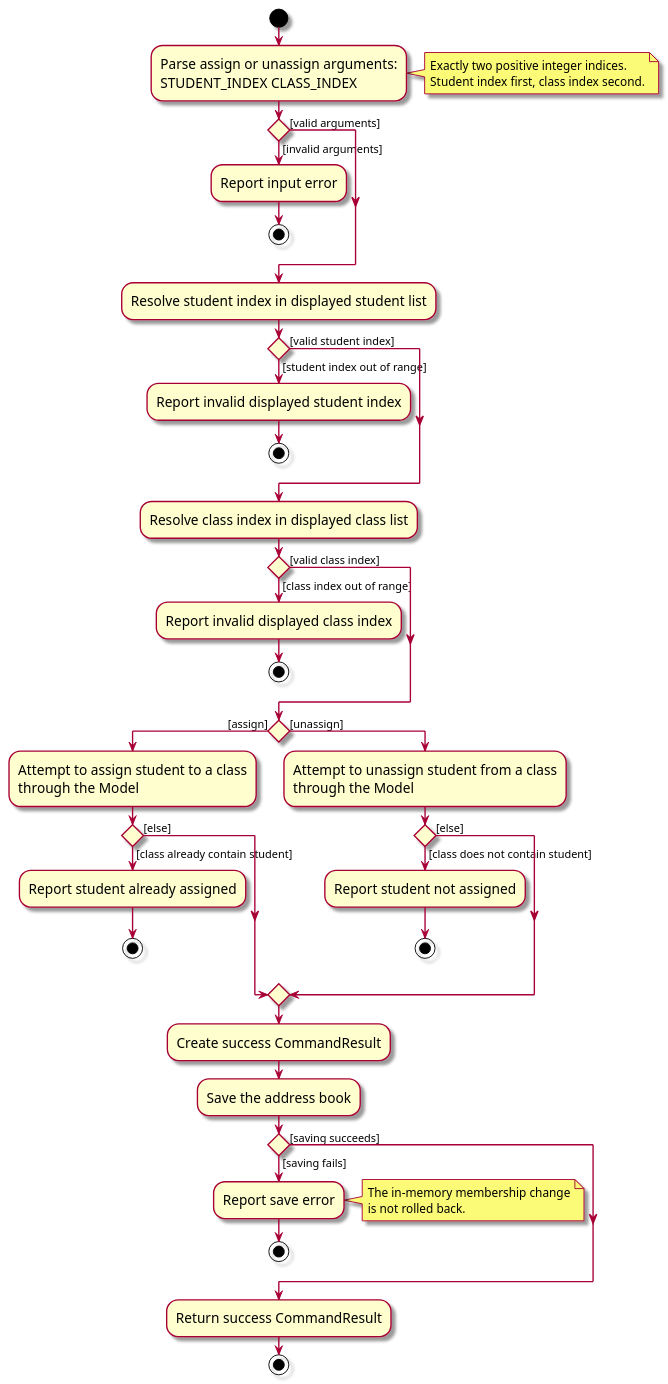
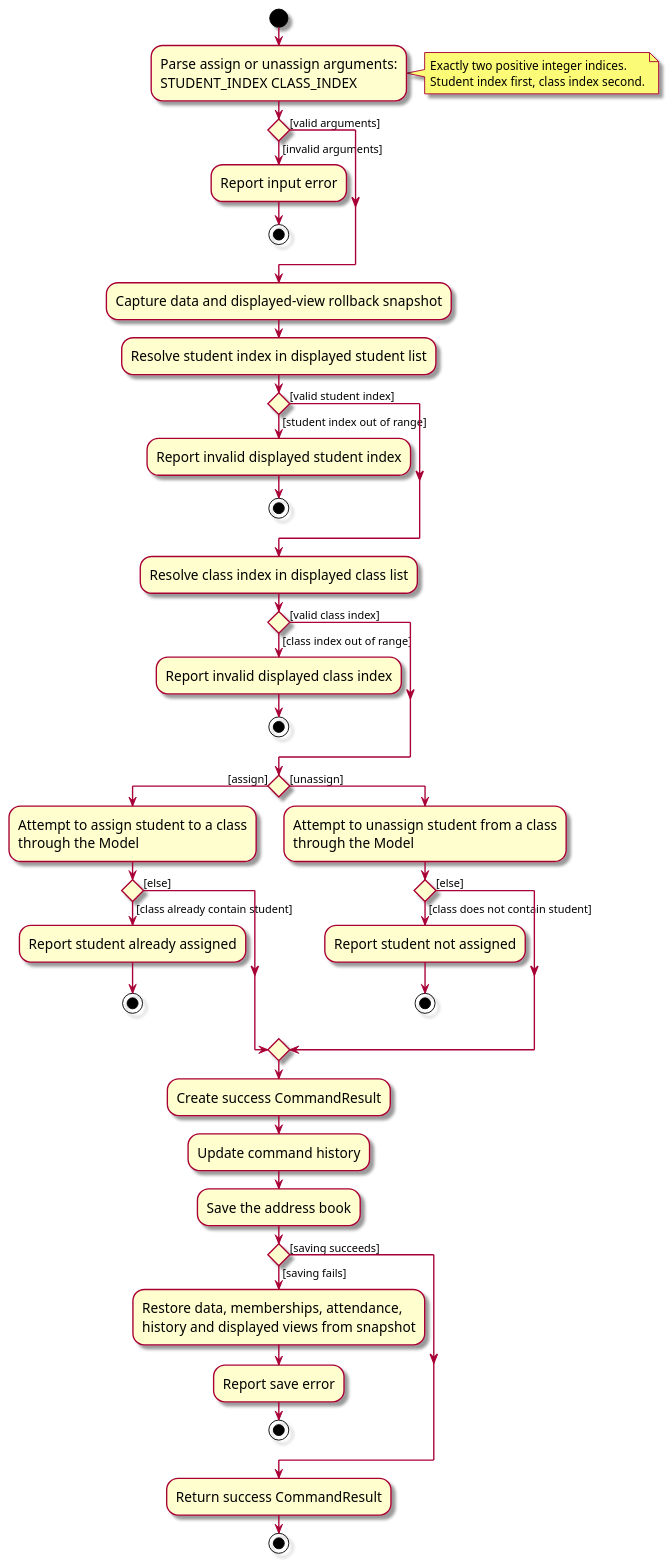
Before and after one commit to AY2627S1-CS2103-F10-2/tp: the diagram in docs/diagrams/AssignUnassignActivityDiagram.puml, drawn with PlantUML. The commit also changed 26 other files, not shown here.

```diff
--- a/docs/diagrams/AssignUnassignActivityDiagram.puml
+++ b/docs/diagrams/AssignUnassignActivityDiagram.puml
@@ -1,66 +1,67 @@
 @startuml
 skin rose
 skinparam ActivityFontSize 15
 skinparam ArrowFontSize 12
 
 start
 :Parse assign or unassign arguments:
 STUDENT_INDEX CLASS_INDEX;
 note right
 Exactly two positive integer indices.
 Student index first, class index second.
 end note
 
 ' Guards are on the outgoing branches, matching CommitActivityDiagram.puml.
 if () then ([invalid arguments])
     :Report input error;
     stop
 else ([valid arguments])
 endif
+
+:Capture data and displayed-view rollback snapshot;
 
 :Resolve student index in displayed student list;
 if () then ([student index out of range])
     :Report invalid displayed student index;
     stop
 else ([valid student index])
 endif
 :Resolve class index in displayed class list;
 if () then ([class index out of range])
     :Report invalid displayed class index;
     stop
 else ([valid class index])
 endif
 
 if () then ([assign])
     :Attempt to assign student to a class
     through the Model;
     if () then ([class already contain student])
         :Report student already assigned;
         stop
     else ([else])
     endif
 else ([unassign])
     :Attempt to unassign student from a class
     through the Model;
     if () then ([class does not contain student])
         :Report student not assigned;
         stop
     else ([else])
     endif
 endif
 
 :Create success CommandResult;
+:Update command history;
 :Save the address book;
 if () then ([saving fails])
+    :Restore data, memberships, attendance,
+    history and displayed views from snapshot;
     :Report save error;
-    note right
-    The in-memory membership change
-    is not rolled back.
-    end note
     stop
 else ([saving succeeds])
 endif
 
 :Return success CommandResult;
 stop
 @enduml
```
